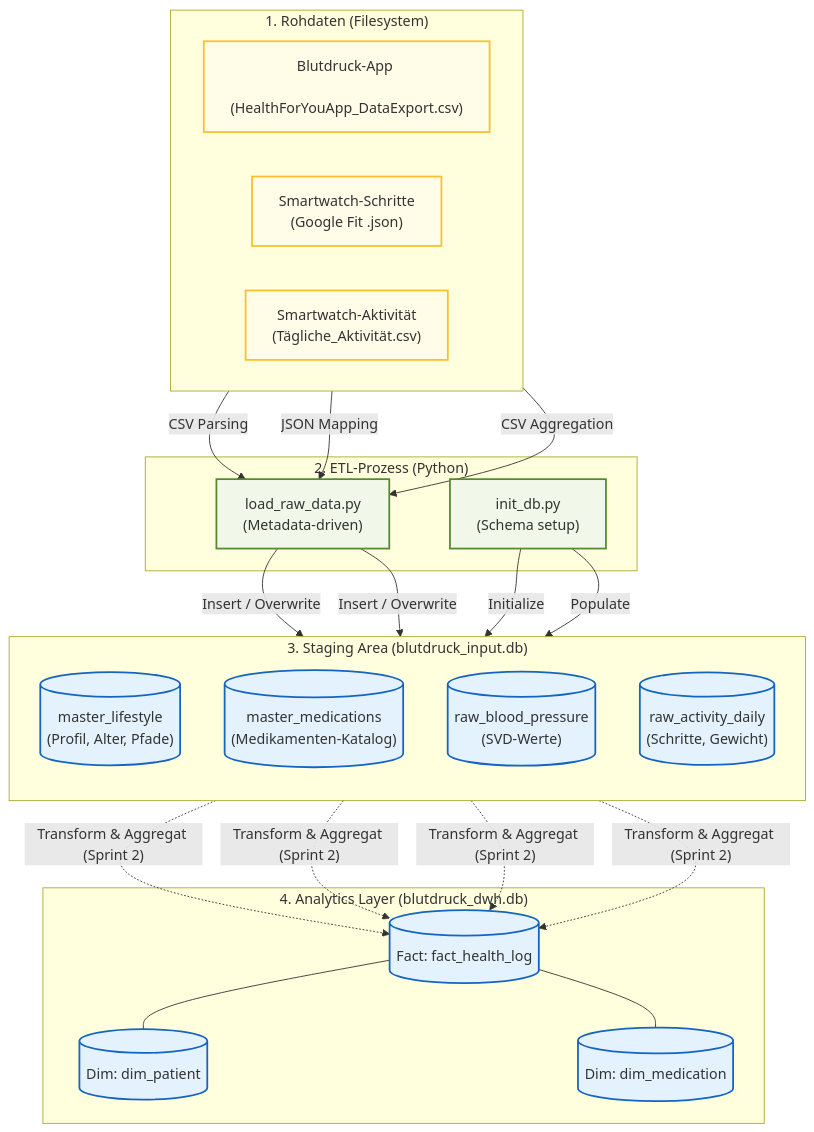
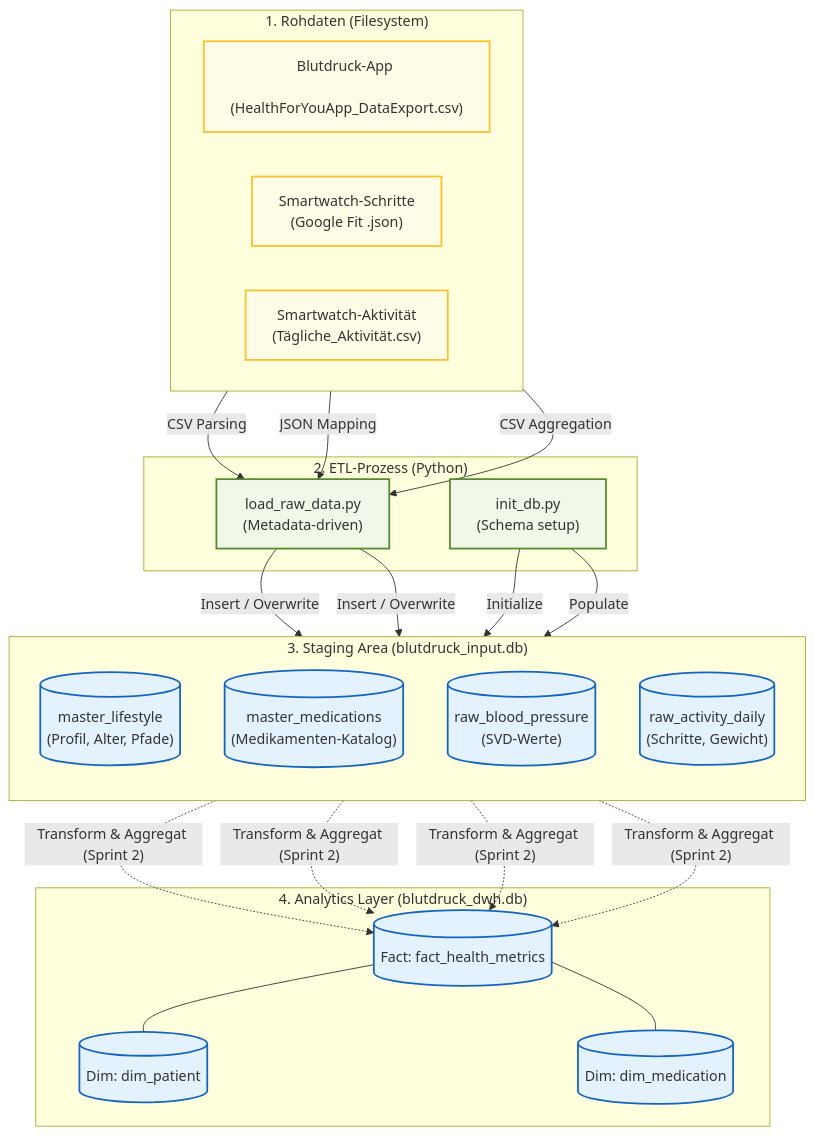
Before and after one commit to NilsBauch/blutdruck_data_engineer_training: the diagram in Architektur/Datenbanken/Datenbank_Uebersicht.md, drawn with Mermaid. The commit also changed 13 other files, not shown here.

````diff
--- a/Architektur/Datenbanken/Datenbank_Uebersicht.md
+++ b/Architektur/Datenbanken/Datenbank_Uebersicht.md
@@ -9,54 +9,54 @@
 ```mermaid
 flowchart TD
     %% Datenquellen
     subgraph Quellen ["1. Rohdaten (Filesystem)"]
         direction LR
         CSV_BP["Blutdruck-App \n (HealthForYouApp_DataExport.csv)"]
         JSON_STEPS["Smartwatch-Schritte \n (Google Fit .json)"]
         CSV_ACT["Smartwatch-Aktivität \n (Tägliche_Aktivität.csv)"]
     end
 
     %% ETL Prozess
     subgraph ETL ["2. ETL-Prozess (Python)"]
         P1["load_raw_data.py \n (Metadata-driven)"]
         P2["init_db.py \n (Schema setup)"]
     end
 
     %% Staging Area
     subgraph Staging ["3. Staging Area (blutdruck_input.db)"]
         direction TB
         T1[("master_lifestyle \n (Profil, Alter, Pfade)")]
         T2[("master_medications \n (Medikamenten-Katalog)")]
         T3[("raw_blood_pressure \n (SVD-Werte)")]
         T4[("raw_activity_daily \n (Schritte, Gewicht)")]
     end
 
     %% Warehouse
     subgraph DWH ["4. Analytics Layer (blutdruck_dwh.db)"]
-        F1[("Fact: fact_health_log")]
+        F1[("Fact: fact_health_metrics")]
         D1[("Dim: dim_patient")]
         D2[("Dim: dim_medication")]
     end
 
     %% Verbindungen
     CSV_BP -->|"CSV Parsing"| P1
     JSON_STEPS -->|"JSON Mapping"| P1
     CSV_ACT -->|"CSV Aggregation"| P1
 
     P1 -->|"Insert / Overwrite"| T3
     P1 -->|"Insert / Overwrite"| T4
     P2 -->|"Initialize"| T1
     P2 -->|"Populate"| T2
 
     T3 & T4 & T1 & T2 -.->|"Transform & Aggregat (Sprint 2)"| F1
     F1 --- D1 & D2
 
     %% Styling
     classDef file fill:#fffde7,stroke:#fbc02d,stroke-width:2px;
     classDef db fill:#e3f2fd,stroke:#1565c0,stroke-width:2px;
     classDef script fill:#f1f8e9,stroke:#558b2f,stroke-width:2px;
 
     class CSV_BP,JSON_STEPS,CSV_ACT file;
     class T1,T2,T3,T4,F1,D1,D2 db;
     class P1,P2 script;
 ```
````
